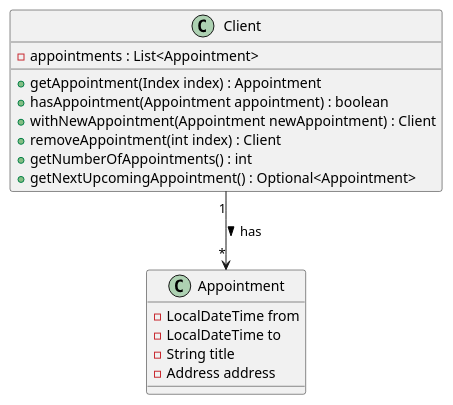
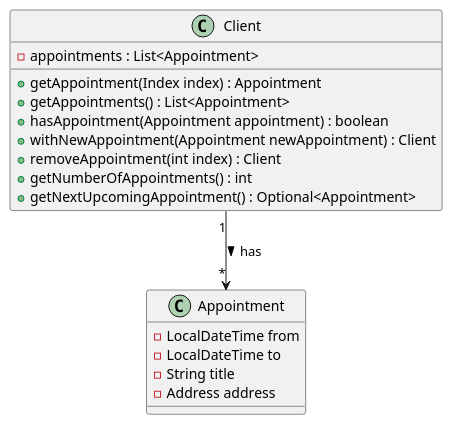
One commit to camille-readbean/tp changed the diagram in docs/diagrams/AppointmentClassDiagram.puml. Above: the diagram before and after it, drawn with PlantUML. The commit also changed 1 other file, not shown here.

```diff
--- a/docs/diagrams/AppointmentClassDiagram.puml
+++ b/docs/diagrams/AppointmentClassDiagram.puml
@@ -1,22 +1,27 @@
 @startuml
+' un comment the lines below to set icons to `+` and `-` instead
+'skinparam classAttributeIconSize 0
+'skinparam usecaseAttributeIconSize 0
+
 class Client {
     - appointments : List<Appointment>
 
     + getAppointment(Index index) : Appointment
+    + getAppointments() : List<Appointment>
     + hasAppointment(Appointment appointment) : boolean
     + withNewAppointment(Appointment newAppointment) : Client
     + removeAppointment(int index) : Client
     + getNumberOfAppointments() : int
     + getNextUpcomingAppointment() : Optional<Appointment>
 }
 
 class Appointment {
     - LocalDateTime from
     - LocalDateTime to
     - String title
     - Address address
 }
 
 
 Client "1" --> "*" Appointment : has >
 @enduml
```
